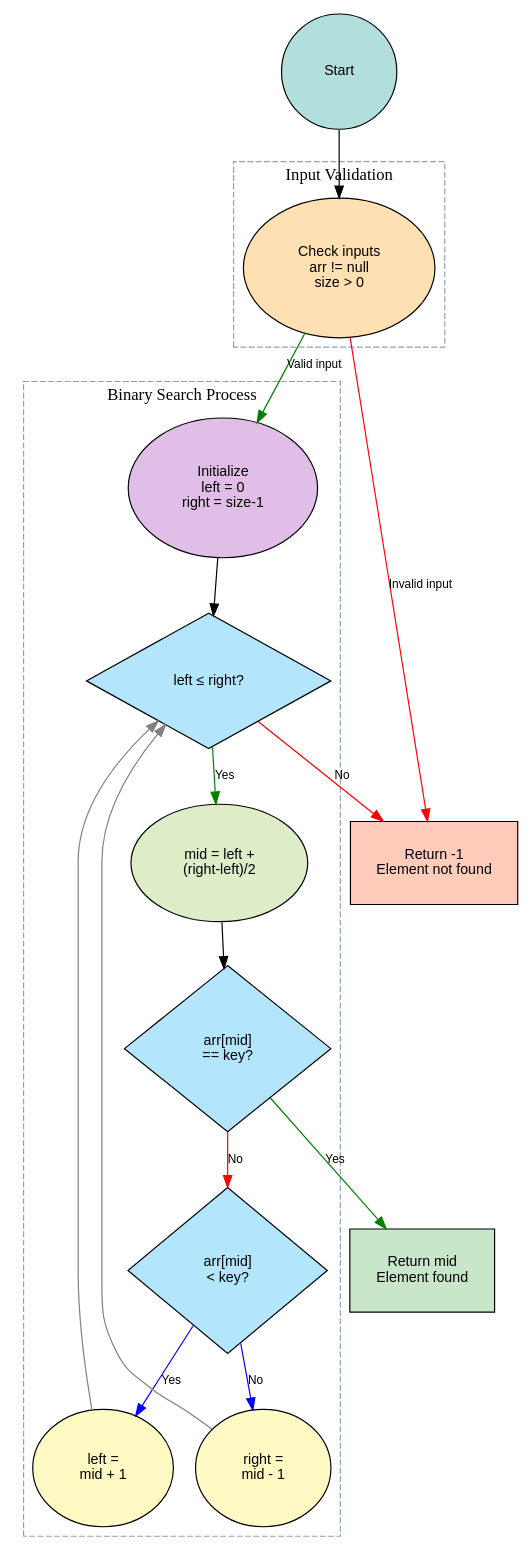
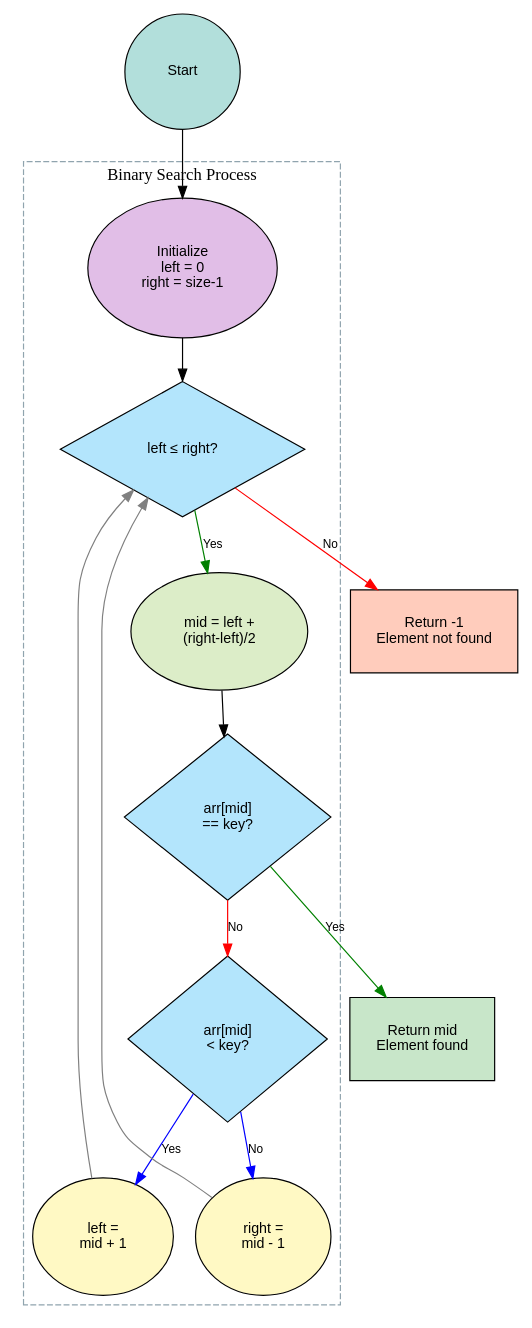
Before and after one commit to mbn-code/Algoritmeanalyse-og-optimering: the diagram in dotgraphs/binary-search.dot, drawn with Graphviz. The commit also changed 3 other files, not shown here.

Commit message:
Refactor binary search dotgraph for improved readability and remove input validation nodes

```diff
--- a/dotgraphs/binary-search.dot
+++ b/dotgraphs/binary-search.dot
@@ -1,51 +1,41 @@
 digraph BinarySearch {
     // Graph settings
     rankdir=TB;
     node [fontname="Arial", fontsize=12, margin=0.3];
     edge [fontname="Arial", fontsize=10];
 
     // Node styles
     node [shape=ellipse, style=filled, fillcolor="#E8F5E9"]  // Default style
 
     // Start and end nodes
     start [shape=circle, fillcolor="#B2DFDB", label="Start"];
     not_found [shape=box, fillcolor="#FFCCBC", label="Return -1\nElement not found"];
     found [shape=box, fillcolor="#C8E6C9", label="Return mid\nElement found"];
-
-    // Validation nodes
-    subgraph cluster_validation {
-        label="Input Validation";
-        style=dashed;
-        color="#90A4AE";
-        check_empty [fillcolor="#FFE0B2", label="Check inputs\narr != null\nsize > 0"];
-    }
 
     // Main algorithm nodes
     subgraph cluster_main {
         label="Binary Search Process";
         style=dashed;
         color="#90A4AE";
         set_initial_bounds [fillcolor="#E1BEE7", label="Initialize\nleft = 0\nright = size-1"];
         while_loop [shape=diamond, fillcolor="#B3E5FC", label="left ≤ right?"];
         calculate_mid [fillcolor="#DCEDC8", label="mid = left +\n(right-left)/2"];
         check_mid [shape=diamond, fillcolor="#B3E5FC", label="arr[mid]\n== key?"];
         check_less [shape=diamond, fillcolor="#B3E5FC", label="arr[mid]\n< key?"];
         move_left [fillcolor="#FFF9C4", label="left =\nmid + 1"];
         move_right [fillcolor="#FFF9C4", label="right =\nmid - 1"];
     }
 
     // Edge connections with better formatting
-    start -> check_empty;
-    check_empty -> not_found [label="Invalid input", color="red"];
-    check_empty -> set_initial_bounds [label="Valid input", color="green"];
+    start -> set_initial_bounds;
     set_initial_bounds -> while_loop;
     while_loop -> calculate_mid [label="Yes", color="green"];
     while_loop -> not_found [label="No", color="red"];
     calculate_mid -> check_mid;
     check_mid -> found [label="Yes", color="green"];
     check_mid -> check_less [label="No", color="red"];
     check_less -> move_left [label="Yes", color="blue"];
-    check_less -> move_right [label="No", color="blue"];
+    check_less -> move_right [label="No", color=" blue"];
     move_left -> while_loop [color="gray"];
     move_right -> while_loop [color="gray"];
 }
```
